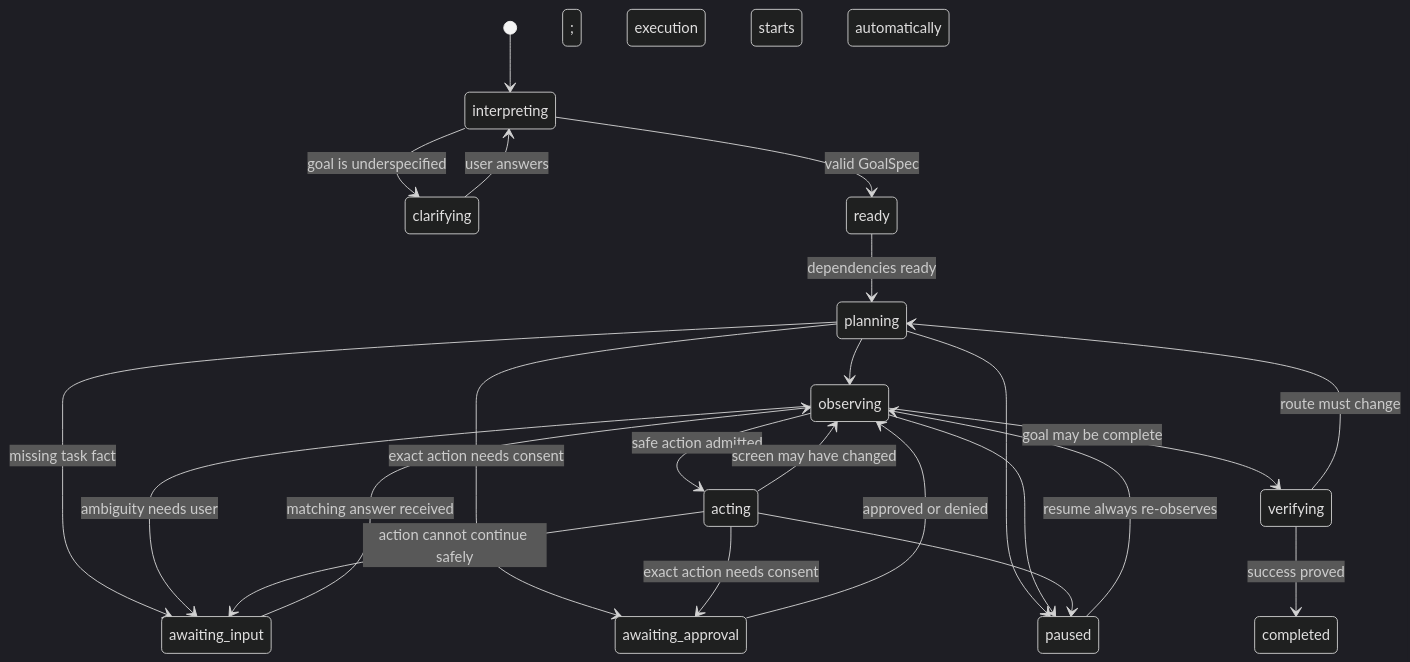
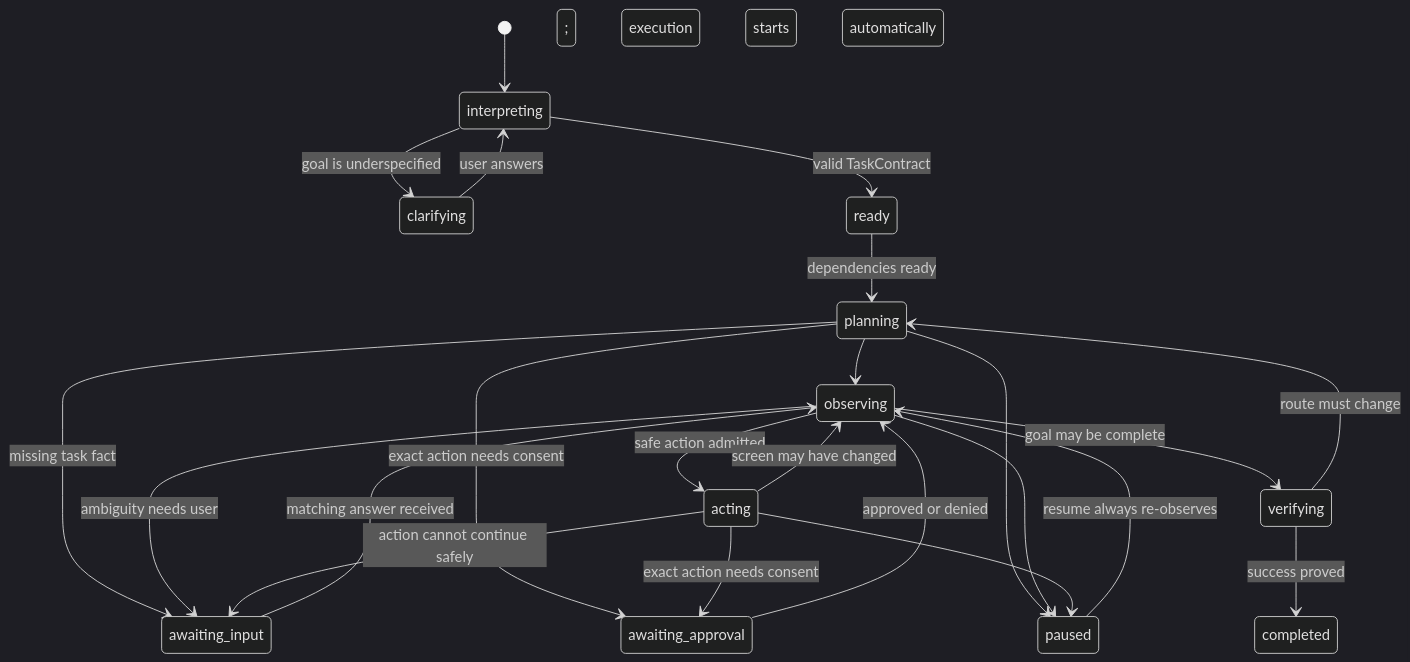
The second of 2 diagrams in docs/conversational-task-execution.md (ducnguyen67201/TroCode), drawn with Mermaid (dark theme) before and after one commit. The commit also changed other lines of this file and 47 other files, not shown here.

````diff
--- a/docs/conversational-task-execution.md
+++ b/docs/conversational-task-execution.md
@@ -99,25 +100,25 @@
 ```mermaid
 stateDiagram-v2
     [*] --> interpreting
     interpreting --> clarifying: goal is underspecified
     clarifying --> interpreting: user answers
-    interpreting --> ready: valid GoalSpec
+    interpreting --> ready: valid TaskContract
     ready --> planning: dependencies ready; execution starts automatically
     planning --> observing
     observing --> acting: safe action admitted
     acting --> observing: screen may have changed
     observing --> verifying: goal may be complete
     verifying --> planning: route must change
     verifying --> completed: success proved
     planning --> awaiting_input: missing task fact
     observing --> awaiting_input: ambiguity needs user
     acting --> awaiting_input: action cannot continue safely
     awaiting_input --> observing: matching answer received
     planning --> awaiting_approval: exact action needs consent
     acting --> awaiting_approval: exact action needs consent
     awaiting_approval --> observing: approved or denied
     planning --> paused
     observing --> paused
     acting --> paused
     paused --> observing: resume always re-observes
 ```
````
